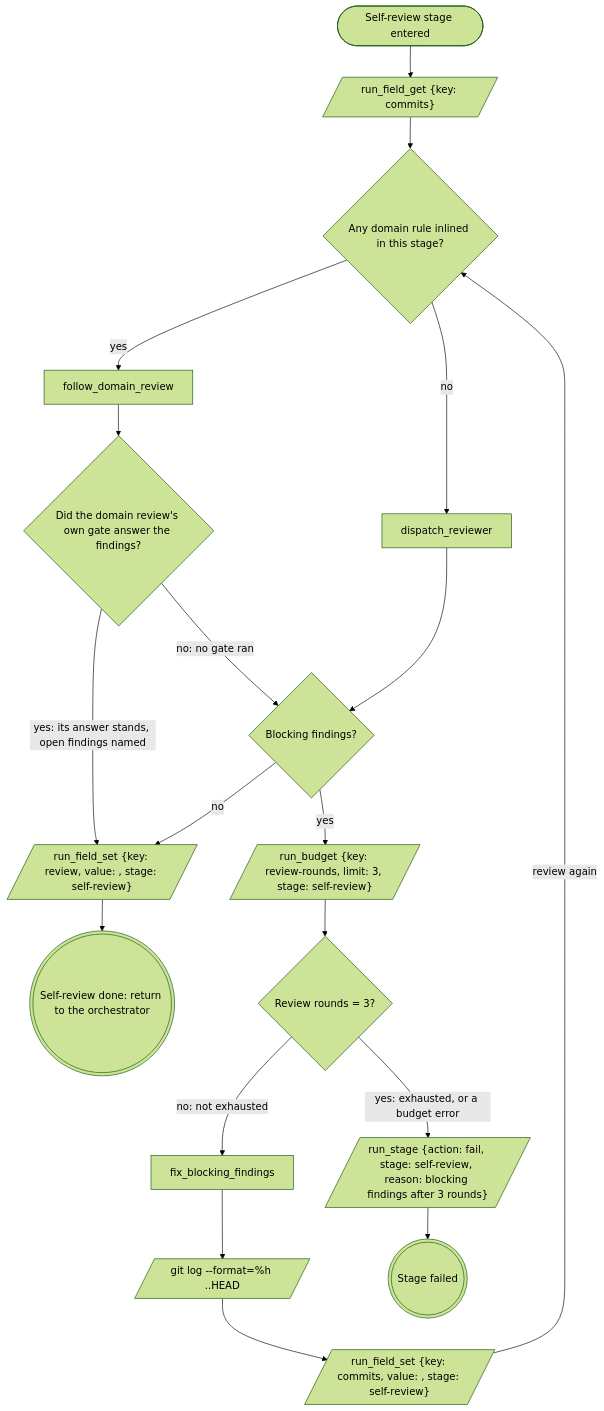
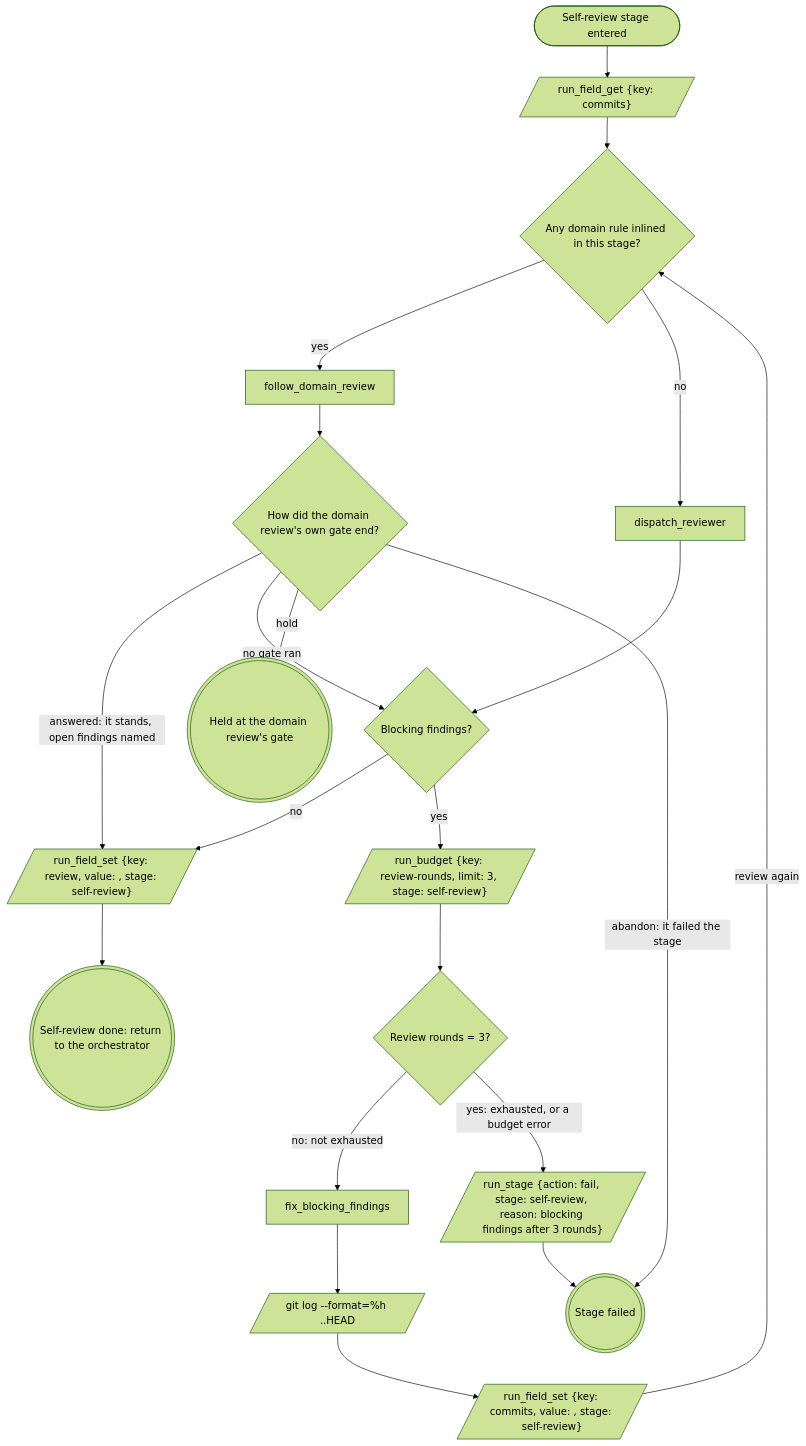
One commit to m4ttstack/mattstack changed the diagram in plugins/mattstack/attachments/pipeline/stage-self-review/index.block.md. Above: the diagram before and after it, drawn with Mermaid (forest theme). The commit also changed 1 other file, not shown here.

Commit message:
mattstack: stage-self-review routes a held or abandoned domain review gate

````diff
--- a/plugins/mattstack/attachments/pipeline/stage-self-review/index.block.md
+++ b/plugins/mattstack/attachments/pipeline/stage-self-review/index.block.md
@@ -22,38 +22,41 @@
 ```mermaid
 flowchart TB
 %% name: self_review
     self_review_entered([Self-review stage entered])
     run_field_get_commits[/"run_field_get {key: commits}"/]
     domain_rules_inlined{Any domain rule inlined in this stage?}
     dispatch_reviewer
     blocking_findings{Blocking findings?}
     run_budget_review_rounds[/"run_budget {key: review-rounds, limit: 3, stage: self-review}"/]
     review_rounds_spent{Review rounds = 3?}
     fix_blocking_findings
     follow_domain_review
-    domain_review_gated{Did the domain review's own gate answer the findings?}
+    domain_review_gated{How did the domain review's own gate end?}
     git_log_shas[/git log --format=%h <branch-point>..HEAD/]
     run_field_set_commits[/"run_field_set {key: commits, value: <all shas, fixes included>, stage: self-review}"/]
     run_field_set_review[/"run_field_set {key: review, value: <verdict; findings fixed, waived, or left open by name>, stage: self-review}"/]
     run_stage_fail[/"run_stage {action: fail, stage: self-review, reason: blocking findings after 3 rounds}"/]
     stage_failed(((Stage failed)))
+    held_domain_gate(((Held at the domain review's gate)))
     self_review_done(((Self-review done: return to the orchestrator))):::done
     self_review_entered --> run_field_get_commits
     run_field_get_commits --> domain_rules_inlined
     domain_rules_inlined -->|yes| follow_domain_review
     domain_rules_inlined -->|no| dispatch_reviewer
     follow_domain_review --> domain_review_gated
-    domain_review_gated -->|yes: its answer stands, open findings named| run_field_set_review
-    domain_review_gated -->|no: no gate ran| blocking_findings
+    domain_review_gated -->|answered: it stands, open findings named| run_field_set_review
+    domain_review_gated -->|no gate ran| blocking_findings
+    domain_review_gated -->|hold| held_domain_gate
+    domain_review_gated -->|abandon: it failed the stage| stage_failed
     dispatch_reviewer --> blocking_findings
     blocking_findings -->|no| run_field_set_review
     blocking_findings -->|yes| run_budget_review_rounds
     run_budget_review_rounds --> review_rounds_spent
     review_rounds_spent -->|no: not exhausted| fix_blocking_findings
     review_rounds_spent -->|yes: exhausted, or a budget error| run_stage_fail
     fix_blocking_findings --> git_log_shas
     git_log_shas --> run_field_set_commits
     run_field_set_commits -->|review again| domain_rules_inlined
     run_field_set_review --> self_review_done
     run_stage_fail --> stage_failed
 ```
````
